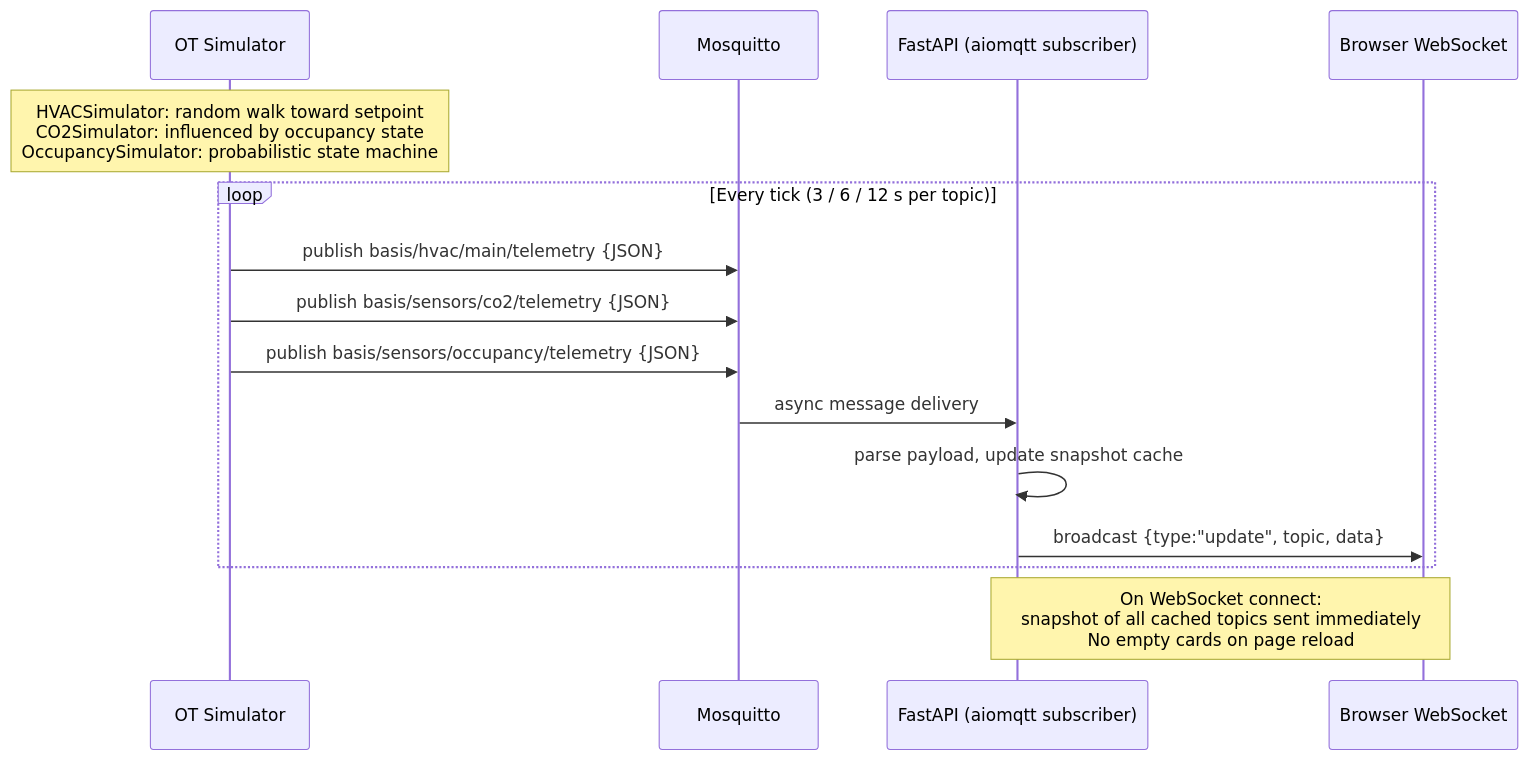
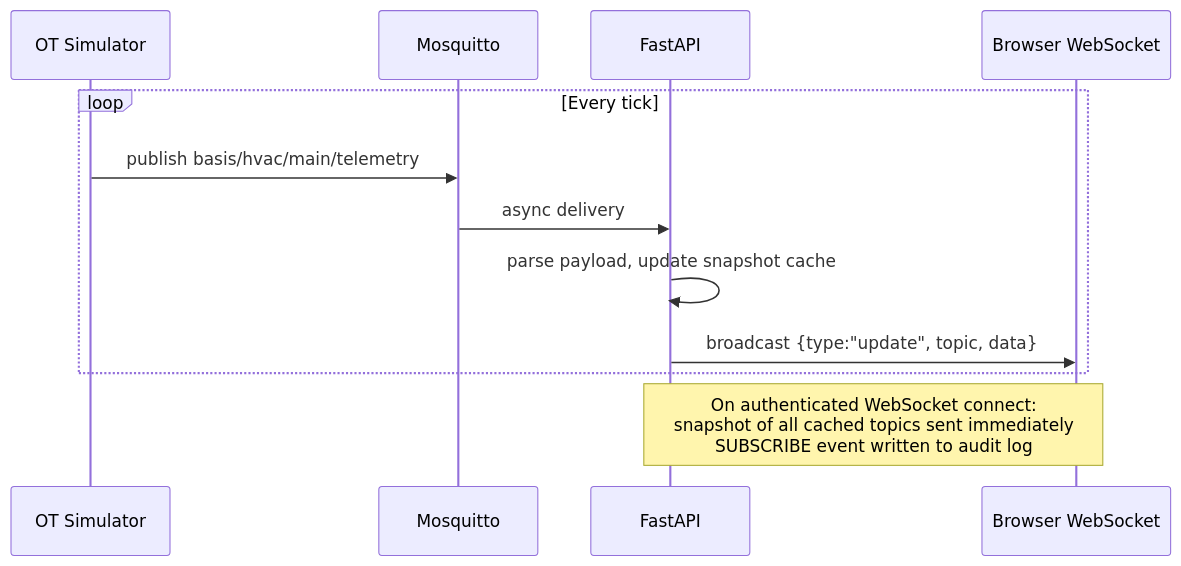
Before and after one commit to basis-foundation/basis-poc: the third of 4 diagrams in README.md, drawn with Mermaid. The commit also changed other lines of this file, not shown here.

````diff
--- a/README.md
+++ b/README.md
@@ -194,20 +279,16 @@
 ```mermaid
 sequenceDiagram
     participant SIM as OT Simulator
     participant MQ as Mosquitto
-    participant API as FastAPI (aiomqtt subscriber)
+    participant API as FastAPI
     participant WS as Browser WebSocket
 
-    Note over SIM: HVACSimulator: random walk toward setpoint<br/>CO2Simulator: influenced by occupancy state<br/>OccupancySimulator: probabilistic state machine
-
-    loop Every tick (3 / 6 / 12 s per topic)
-        SIM->>MQ: publish basis/hvac/main/telemetry {JSON}
-        SIM->>MQ: publish basis/sensors/co2/telemetry {JSON}
-        SIM->>MQ: publish basis/sensors/occupancy/telemetry {JSON}
-        MQ->>API: async message delivery
+    loop Every tick
+        SIM->>MQ: publish basis/hvac/main/telemetry
+        MQ->>API: async delivery
         API->>API: parse payload, update snapshot cache
         API->>WS: broadcast {type:"update", topic, data}
     end
 
-    Note over API,WS: On WebSocket connect:<br/>snapshot of all cached topics sent immediately<br/>No empty cards on page reload
+    Note over API,WS: On authenticated WebSocket connect:<br/>snapshot of all cached topics sent immediately<br/>SUBSCRIBE event written to audit log
 ```
````
